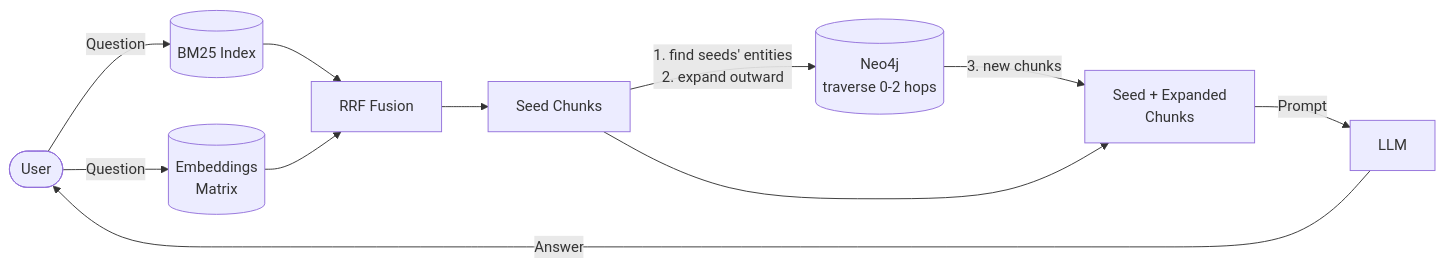
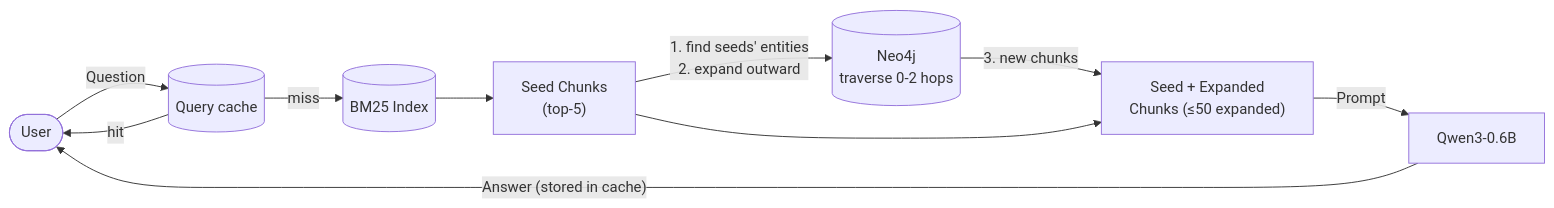
One commit to DimYiannis/Constrained-GraphRag changed the second of 2 diagrams in README.md. Above: the diagram before and after it, drawn with Mermaid. The commit also changed other lines of this file and 1 other file, not shown here.

````diff
--- a/README.md
+++ b/README.md
@@ -86,24 +90,22 @@
 ```mermaid
 flowchart LR
     user(["User"])
+    cache[("Query cache")]
     lex[("BM25 Index")]
-    sem[("Embeddings<br/>Matrix")]
-    fusion["RRF Fusion"]
-    seeds["Seed Chunks"]
+    seeds["Seed Chunks<br/>(top-5)"]
     neodb[("Neo4j<br/>traverse 0-2 hops")]
-    merged["Seed + Expanded<br/>Chunks"]
-    llm["LLM"]
+    merged["Seed + Expanded<br/>Chunks (≤50 expanded)"]
+    llm["Qwen3-0.6B"]
 
-    user -- "Question" --> lex
-    user -- "Question" --> sem
-    lex --> fusion
-    sem --> fusion
-    fusion --> seeds
+    user -- "Question" --> cache
+    cache -- "hit" --> user
+    cache -- "miss" --> lex
+    lex --> seeds
 
     seeds -- "1. find seeds' entities<br/>2. expand outward" --> neodb
     neodb -- "3. new chunks" --> merged
     seeds --> merged
 
     merged -- "Prompt" --> llm
-    llm -- "Answer" --> user
+    llm -- "Answer (stored in cache)" --> user
 ```
````
